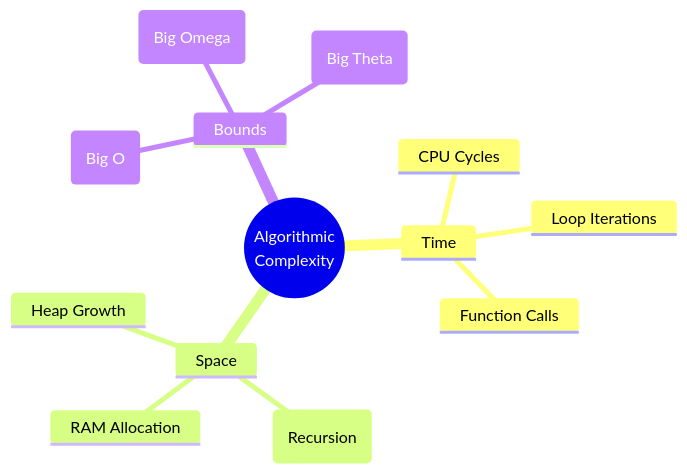
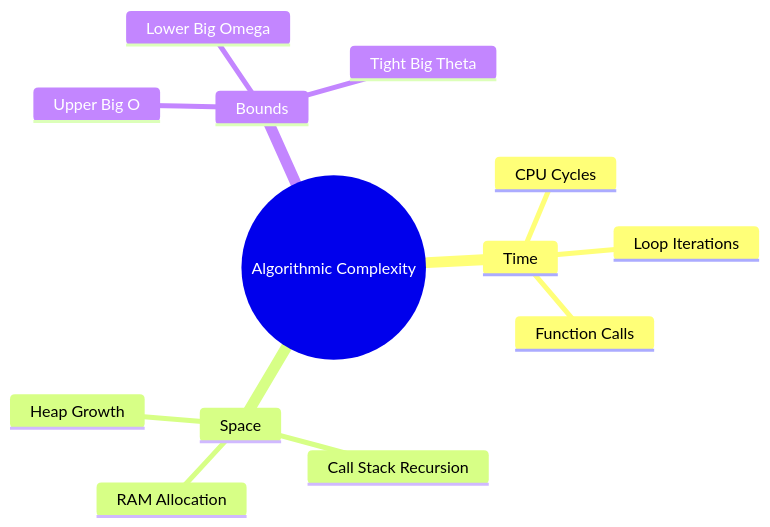
One commit to hagaramr2005/DSA-From-Scratch changed the first of 9 diagrams in 01-Algorithm-Analysis/01- Big O notation.md. Above: the diagram before and after it, drawn with Mermaid. The commit also changed other lines of this file, not shown here.

Commit message:
Refine Big O notation explanations and formatting

````diff
--- a/01-Algorithm-Analysis/01- Big O notation.md
+++ b/01-Algorithm-Analysis/01- Big O notation.md
@@ -43,17 +43,16 @@
 ```mermaid
 mindmap
-  root((Algorithmic
-  Complexity))
+  root((Algorithmic Complexity))
     Time
       CPU Cycles
       Loop Iterations
       Function Calls
     Space
       RAM Allocation
-      Call Stack (Recursion)
+      Call Stack Recursion
       Heap Growth
     Bounds
-      Upper (Big O)
-      Lower (Big Omega)
-      Tight (Big Theta)
+      Upper Big O
+      Lower Big Omega
+      Tight Big Theta
 ```
````
